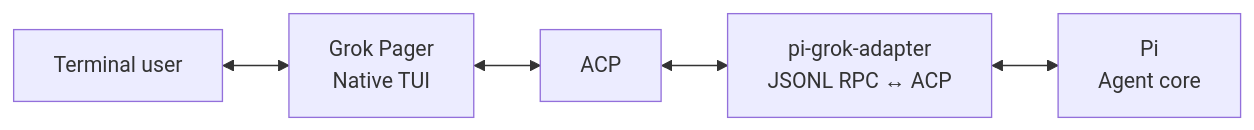
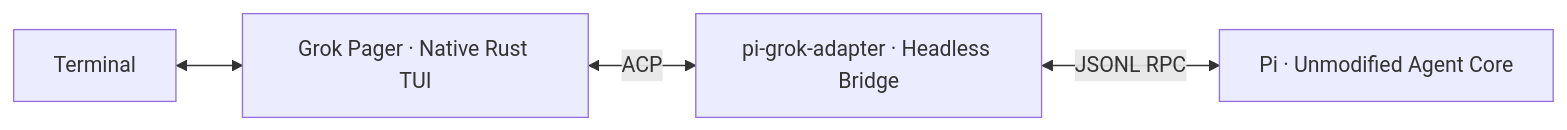
The diagram in README.md (Dwsy/grok-pi-tui), drawn with Mermaid before and after one commit. The commit also changed other lines of this file, not shown here.

````diff
--- a/README.md
+++ b/README.md
@@ -125,7 +23,6 @@
 ```mermaid
 flowchart LR
-    User[Terminal user] <--> Pager[Grok Pager\nNative TUI]
-    Pager <--> ACP[ACP]
-    ACP <--> Adapter[pi-grok-adapter\nJSONL RPC ↔ ACP]
-    Adapter <--> Pi[Pi\nAgent core]
+    User[Terminal] <--> Pager[Grok Pager · Native Rust TUI]
+    Pager <-->|ACP| Adapter[pi-grok-adapter · Headless Bridge]
+    Adapter <-->|JSONL RPC| Pi[Pi · Unmodified Agent Core]
 ```
````
